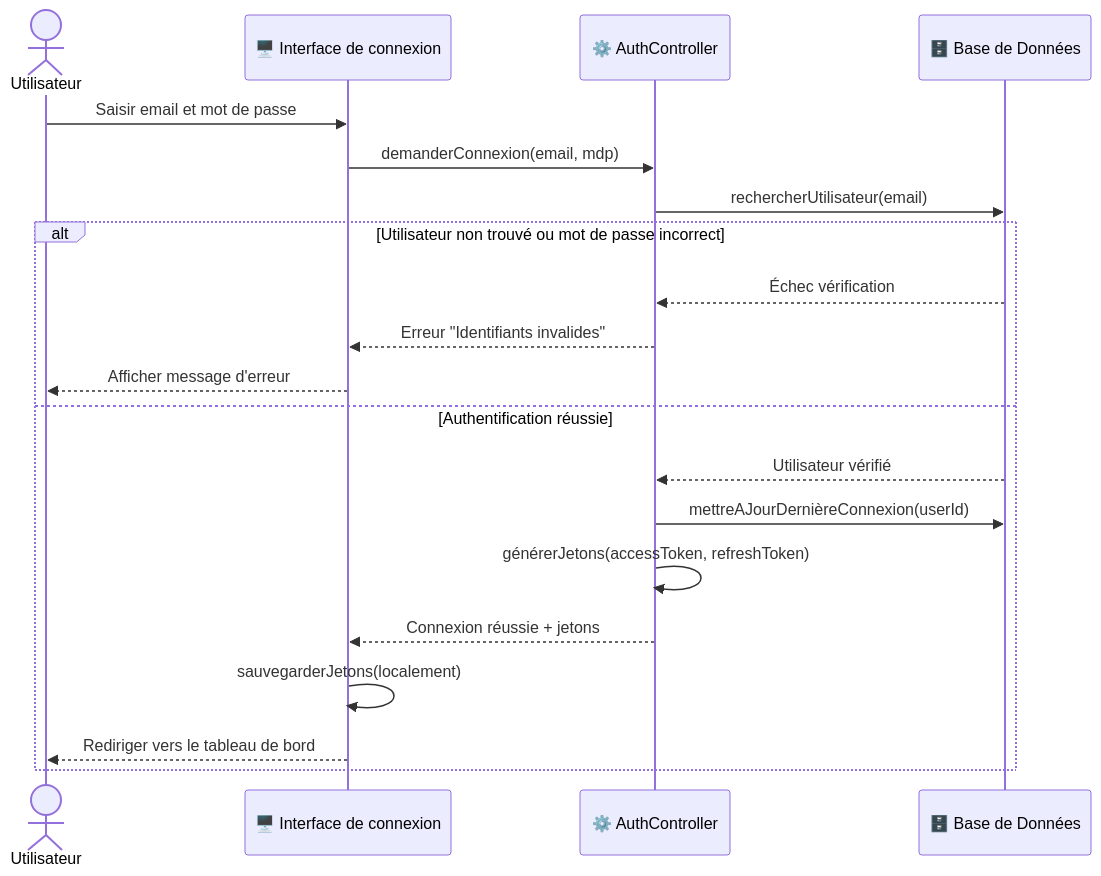
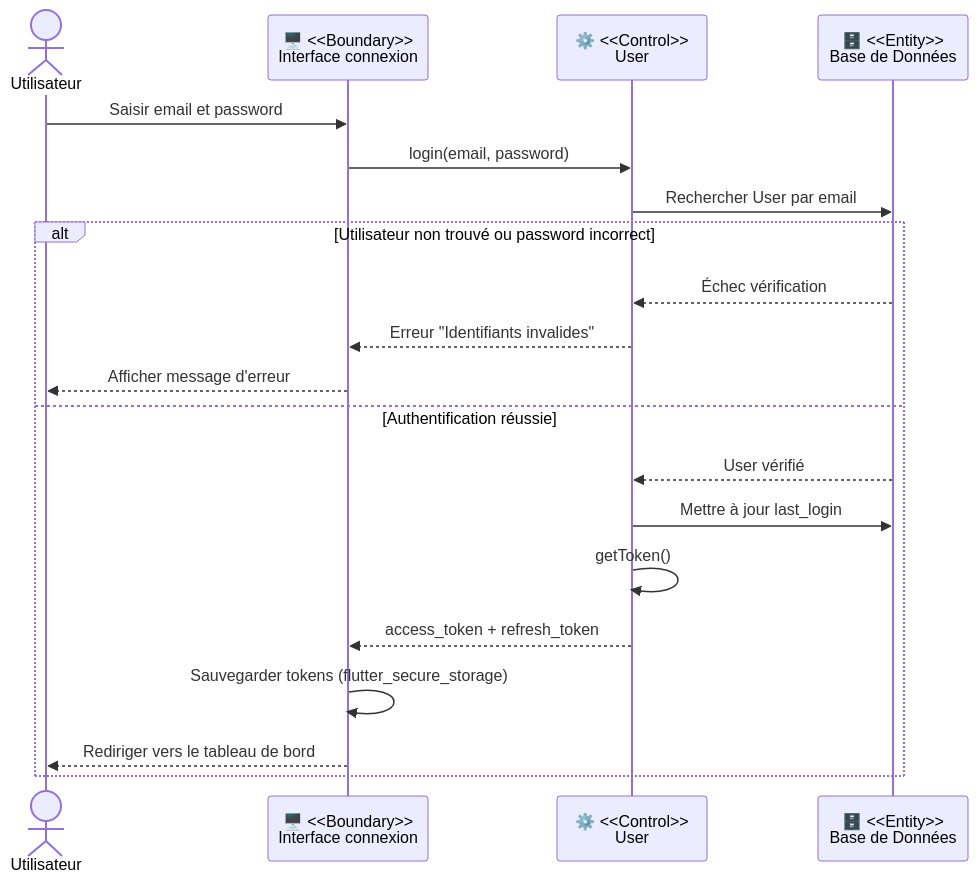
Before and after one commit to Jkacem/smart_focus: the second of 20 diagrams in docs/Conception_DiagrammeSequence.md, drawn with Mermaid. The commit also changed other lines of this file and 31 other files, not shown here.

````diff
--- a/docs/Conception_DiagrammeSequence.md
+++ b/docs/Conception_DiagrammeSequence.md
@@ -52,24 +55,24 @@
 ```mermaid
 sequenceDiagram
     actor Utilisateur
-    participant B as 🖥️ Interface de connexion
-    participant C as ⚙️ AuthController
-    participant E as 🗄️ Base de Données
+    participant B  as 🖥️ <<Boundary>><br/>Interface connexion
+    participant U  as ⚙️ <<Control>><br/>User
+    participant E  as 🗄️ <<Entity>><br/>Base de Données
 
-    Utilisateur->>B: Saisir email et mot de passe
-    B->>C: demanderConnexion(email, mdp)
-    C->>E: rechercherUtilisateur(email)
+    Utilisateur->>B: Saisir email et password
+    B->>U: login(email, password)
+    U->>E: Rechercher User par email
 
-    alt Utilisateur non trouvé ou mot de passe incorrect
-        E-->>C: Échec vérification
-        C-->>B: Erreur "Identifiants invalides"
+    alt Utilisateur non trouvé ou password incorrect
+        E-->>U: Échec vérification
+        U-->>B: Erreur "Identifiants invalides"
         B-->>Utilisateur: Afficher message d'erreur
     else Authentification réussie
-        E-->>C: Utilisateur vérifié
-        C->>E: mettreAJourDernièreConnexion(userId)
-        C->>C: générerJetons(accessToken, refreshToken)
-        C-->>B: Connexion réussie + jetons
-        B->>B: sauvegarderJetons(localement)
+        E-->>U: User vérifié
+        U->>E: Mettre à jour last_login
+        U->>U: getToken()
+        U-->>B: access_token + refresh_token
+        B->>B: Sauvegarder tokens (flutter_secure_storage)
         B-->>Utilisateur: Rediriger vers le tableau de bord
     end
 ```
````
